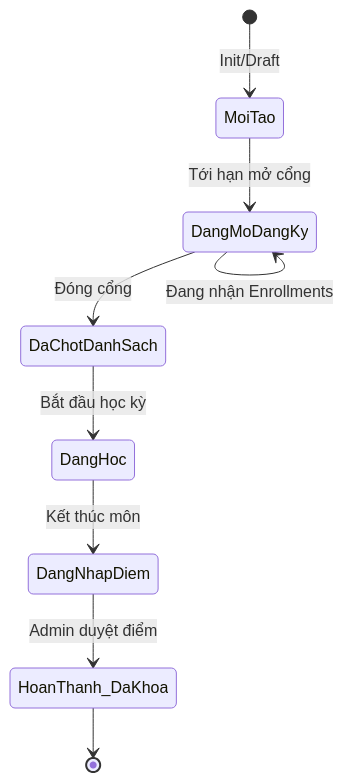
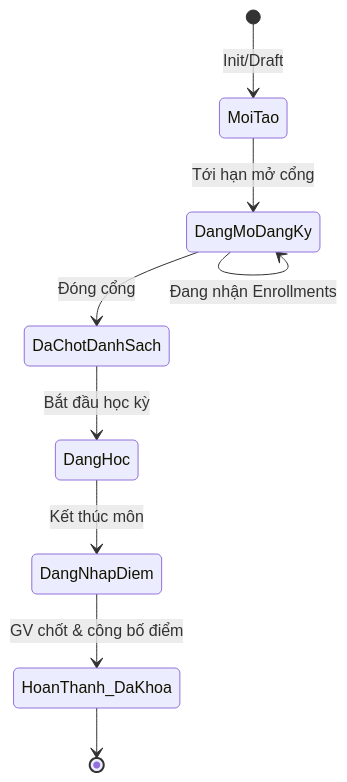
One commit to DevMarkie/DoAnChuyenNganh changed the fourth of 5 diagrams in docs/01_system_architecture_and_diagrams.md. Above: the diagram before and after it, drawn with Mermaid. The commit also changed other lines of this file and 20 other files, not shown here.

````diff
--- a/docs/01_system_architecture_and_diagrams.md
+++ b/docs/01_system_architecture_and_diagrams.md
@@ -95,11 +89,11 @@
 ```mermaid
 stateDiagram-v2
     [*] --> MoiTao : Init/Draft
     MoiTao --> DangMoDangKy : Tới hạn mở cổng
     DangMoDangKy --> DangMoDangKy : Đang nhận Enrollments
     DangMoDangKy --> DaChotDanhSach : Đóng cổng
     DaChotDanhSach --> DangHoc : Bắt đầu học kỳ
     DangHoc --> DangNhapDiem : Kết thúc môn
-    DangNhapDiem --> HoanThanh_DaKhoa : Admin duyệt điểm
+    DangNhapDiem --> HoanThanh_DaKhoa : GV chốt & công bố điểm
     HoanThanh_DaKhoa --> [*]
 ```
````
